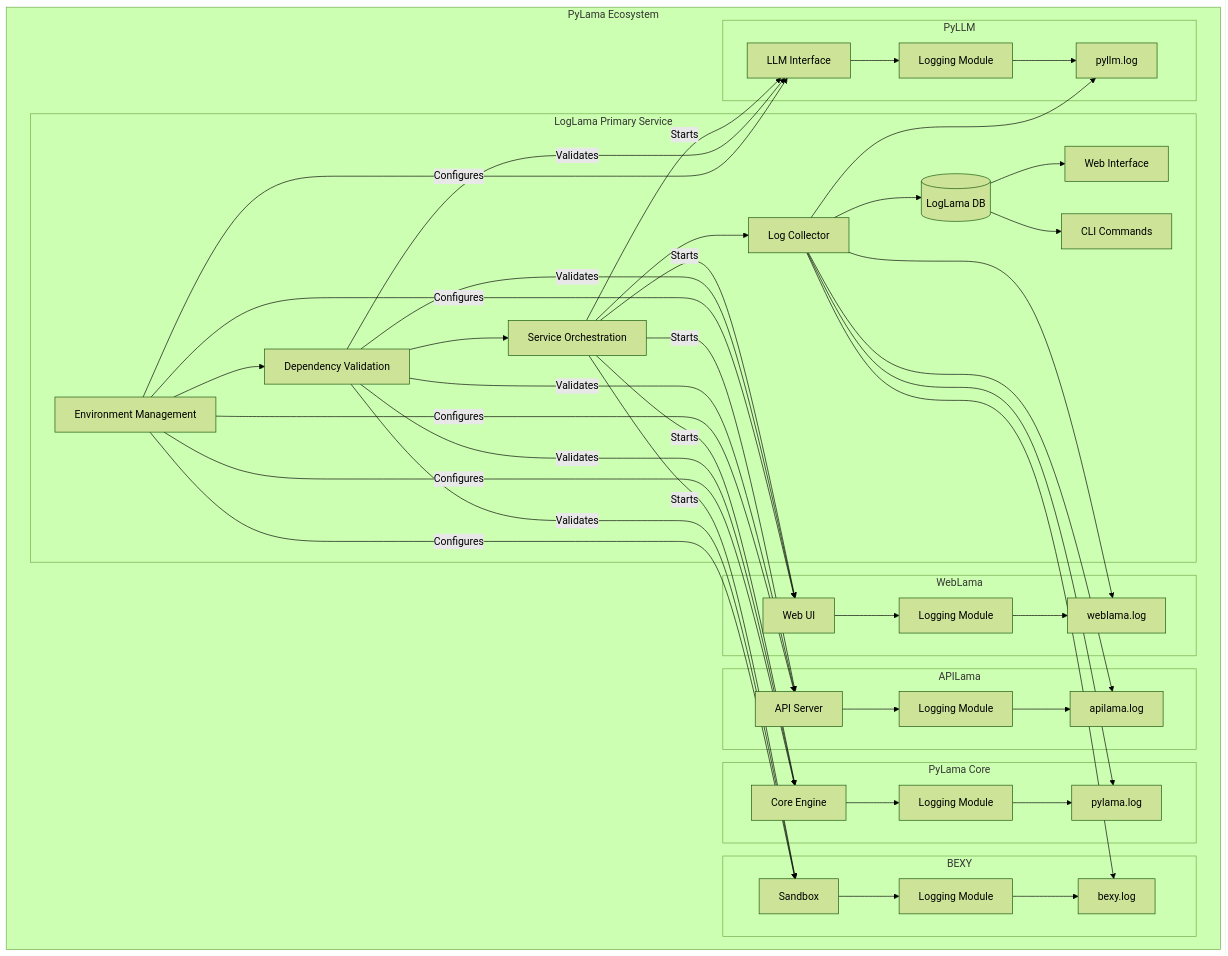
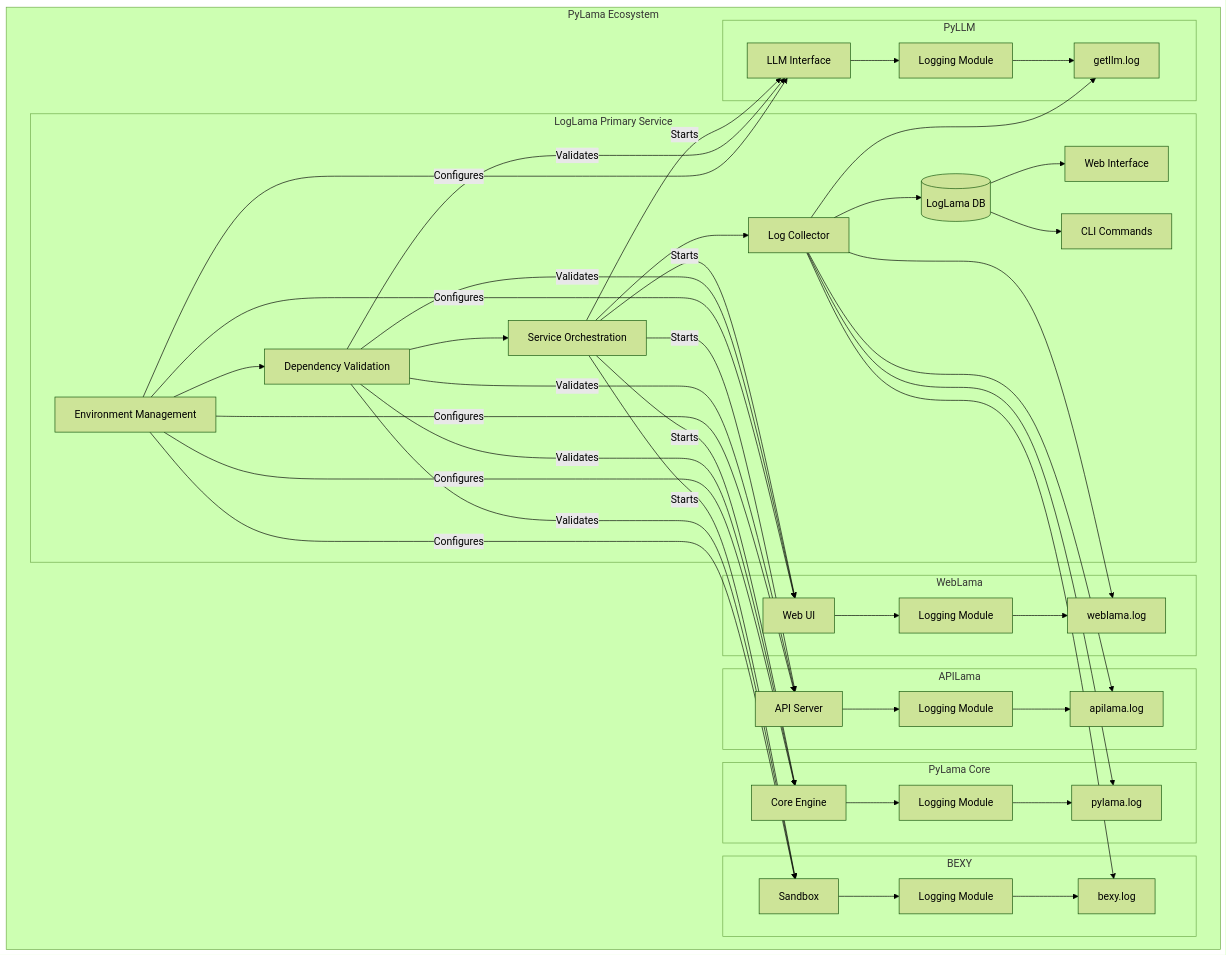
The diagram in COMPONENT_INTEGRATION.md (py-lama/loglama), drawn with Mermaid (forest theme) before and after one commit. The commit also changed 12 other files, not shown here.

````diff
--- a/COMPONENT_INTEGRATION.md
+++ b/COMPONENT_INTEGRATION.md
@@ -11,66 +11,66 @@
 ```mermaid
 graph TB
     subgraph "PyLama Ecosystem"
         subgraph "LogLama Primary Service"
             LL_ENV[Environment Management] --> LL_DEP[Dependency Validation]
             LL_DEP --> LL_ORCH[Service Orchestration]
             LL_ORCH --> LL_COLL[Log Collector]
             LL_COLL --> LL_DB[(LogLama DB)]
             LL_DB --> LL_WEB[Web Interface]
             LL_DB --> LL_CLI[CLI Commands]
         end
         
         subgraph "WebLama"
             WL[Web UI] --> WL_LOG[Logging Module]
             WL_LOG --> WL_FILE[weblama.log]
         end
         
         subgraph "APILama"
             API[API Server] --> API_LOG[Logging Module]
             API_LOG --> API_FILE[apilama.log]
         end
         
         subgraph "PyLama Core"
             PL[Core Engine] --> PL_LOG[Logging Module]
             PL_LOG --> PL_FILE[pylama.log]
         end
         
         subgraph "BEXY"
             PB[Sandbox] --> PB_LOG[Logging Module]
             PB_LOG --> PB_FILE[bexy.log]
         end
         
         subgraph "PyLLM"
             PLLM[LLM Interface] --> PLLM_LOG[Logging Module]
-            PLLM_LOG --> PLLM_FILE[pyllm.log]
+            PLLM_LOG --> PLLM_FILE[getllm.log]
         end
         
         %% Environment Management
         LL_ENV -->|Configures| WL
         LL_ENV -->|Configures| API
         LL_ENV -->|Configures| PL
         LL_ENV -->|Configures| PB
         LL_ENV -->|Configures| PLLM
         
         %% Dependency Validation
         LL_DEP -->|Validates| WL
         LL_DEP -->|Validates| API
         LL_DEP -->|Validates| PL
         LL_DEP -->|Validates| PB
         LL_DEP -->|Validates| PLLM
         
         %% Service Orchestration
         LL_ORCH -->|Starts| WL
         LL_ORCH -->|Starts| API
         LL_ORCH -->|Starts| PL
         LL_ORCH -->|Starts| PB
         LL_ORCH -->|Starts| PLLM
         
         %% Log Collection
         LL_COLL --> WL_FILE
         LL_COLL --> API_FILE
         LL_COLL --> PL_FILE
         LL_COLL --> PB_FILE
         LL_COLL --> PLLM_FILE
     end
 ```
````
